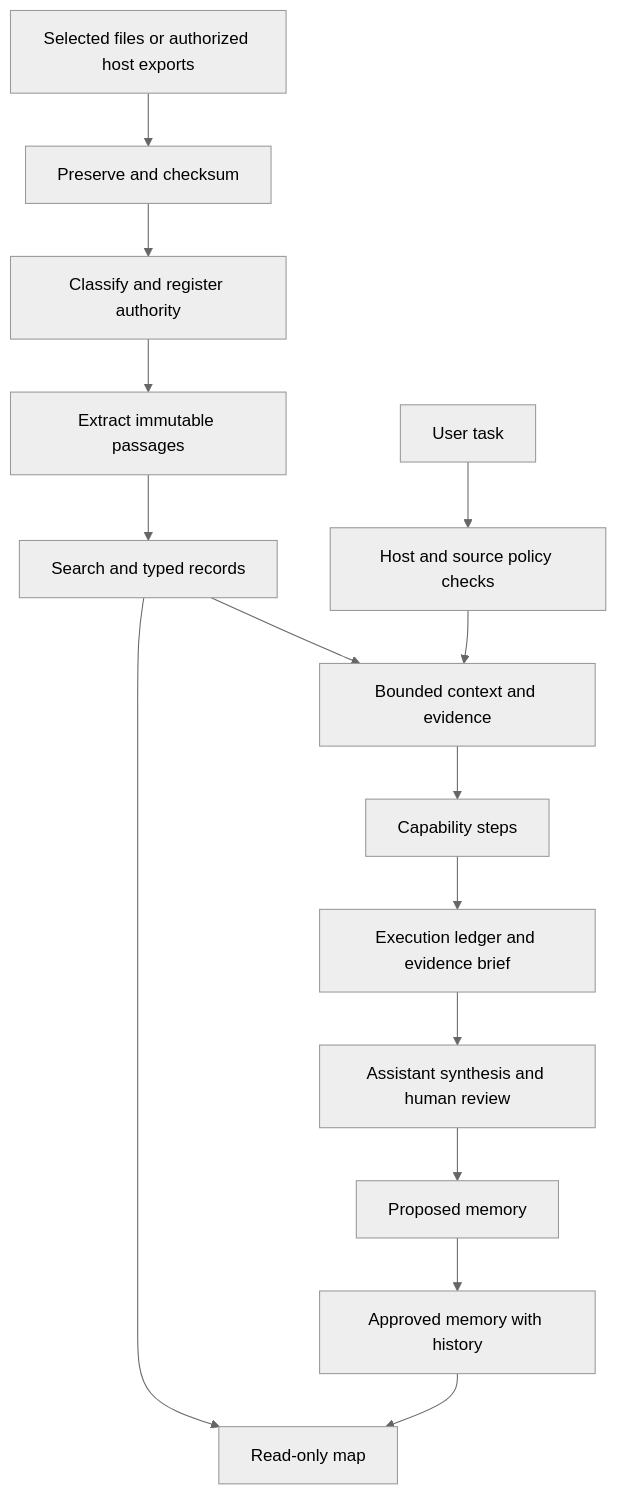
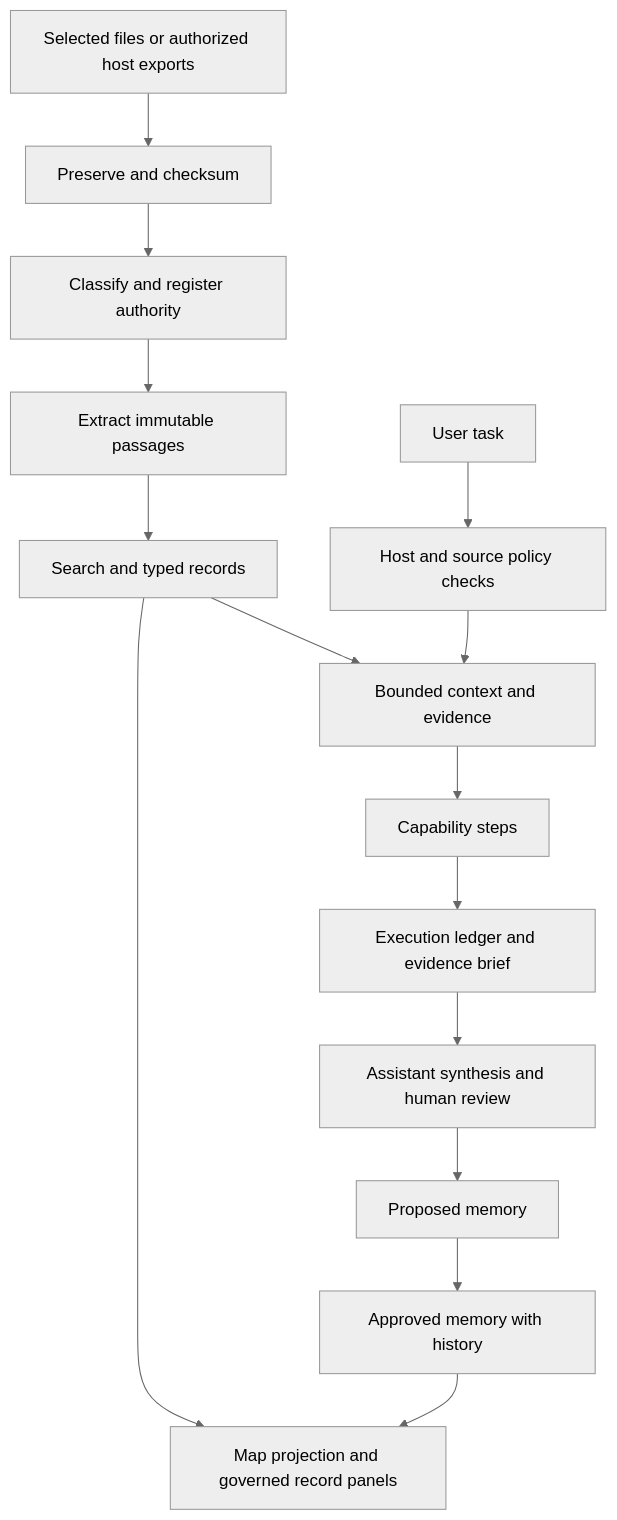
One commit to houseofichigo/hoi-os changed the diagram in docs/ARCHITECTURE.md. Above: the diagram before and after it, drawn with Mermaid (neutral theme). The commit also changed other lines of this file and 427 other files, not shown here.

````diff
--- a/docs/ARCHITECTURE.md
+++ b/docs/ARCHITECTURE.md
@@ -24,17 +26,17 @@
 ```mermaid
 flowchart TD
   A[Selected files or authorized host exports] --> B[Preserve and checksum]
   B --> C[Classify and register authority]
   C --> D[Extract immutable passages]
   D --> E[Search and typed records]
   F[User task] --> G[Host and source policy checks]
   G --> H[Bounded context and evidence]
   E --> H
   H --> I[Capability steps]
   I --> J[Execution ledger and evidence brief]
   J --> K[Assistant synthesis and human review]
   K --> L[Proposed memory]
   L --> M[Approved memory with history]
-  E --> N[Read-only map]
+  E --> N[Map projection and governed record panels]
   M --> N
 ```
````
